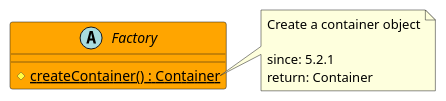
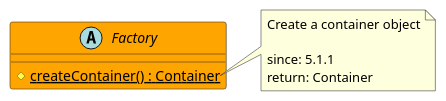
Before and after one commit to joomengine/jcb-packager: the diagram in src/072b7289-cd9a-499a-b227-314f6ba653f4/README.md, drawn with PlantUML. The commit also changed other lines of this file and 498 other files, not shown here.

````diff
--- a/src/072b7289-cd9a-499a-b227-314f6ba653f4/README.md
+++ b/src/072b7289-cd9a-499a-b227-314f6ba653f4/README.md
@@ -13,15 +6,16 @@
 ```uml
 @startuml
+
 abstract Factory  #Orange {
   # {static} createContainer() : Container
 }
 
 note right of Factory::createContainer
   Create a container object
 
-  since: 5.2.1
+  since: 5.1.1
   return: Container
 end note
- 
+
 @enduml
 ```
````
